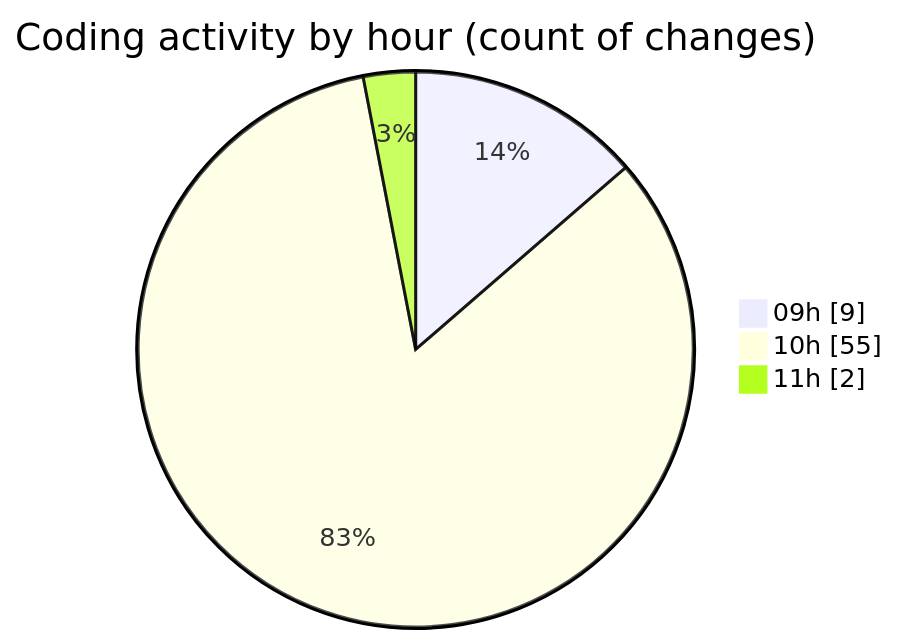
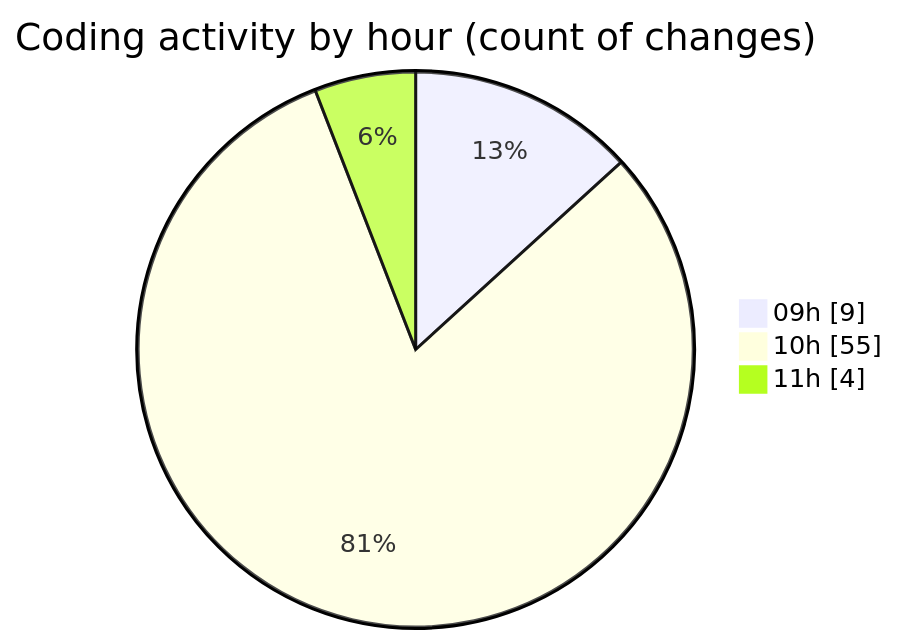
The second of 2 diagrams in 2025-03-04/termonied_testador/README.md (robertbonfada/code-tracking), drawn with Mermaid before and after one commit. The commit also changed other lines of this file and 1 other file, not shown here.

````diff
--- a/2025-03-04/termonied_testador/README.md
+++ b/2025-03-04/termonied_testador/README.md
@@ -37,7 +37,7 @@
 ```mermaid
 pie showData
 title Coding activity by hour (count of changes)
 "09h" : 9
 "10h" : 55
-"11h" : 2
+"11h" : 4
 ```
````
